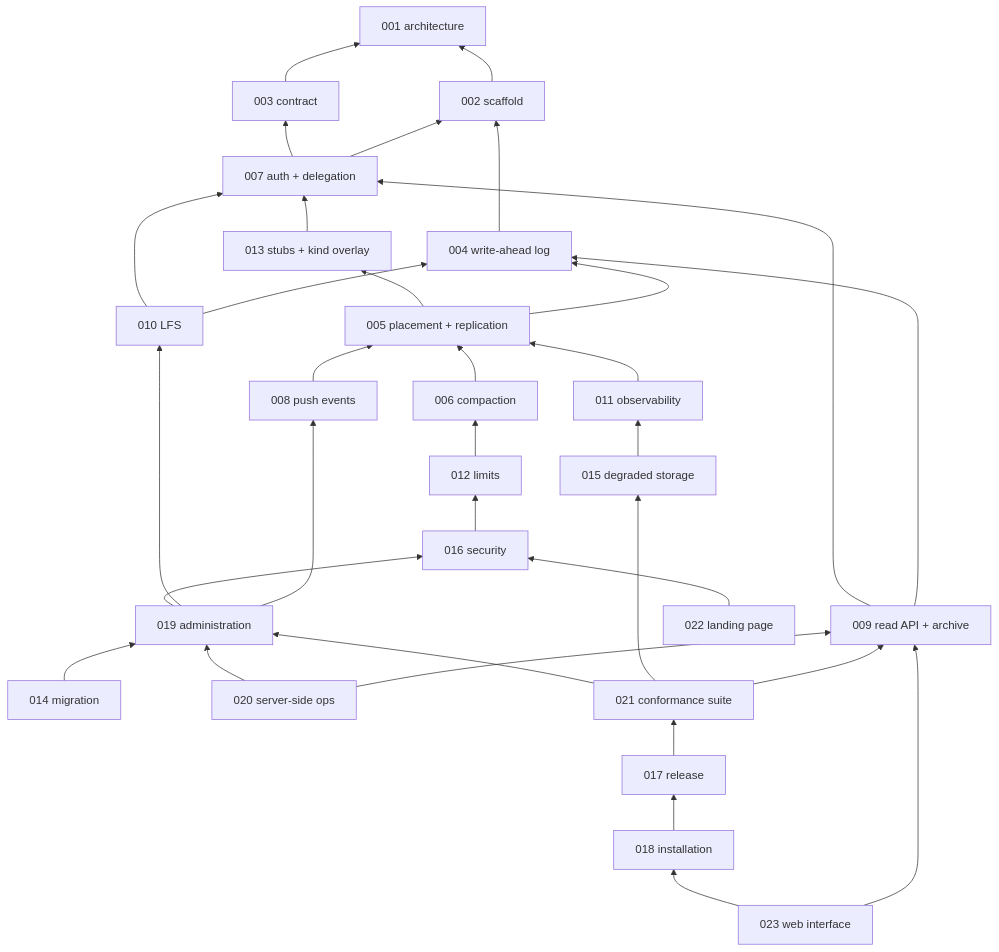
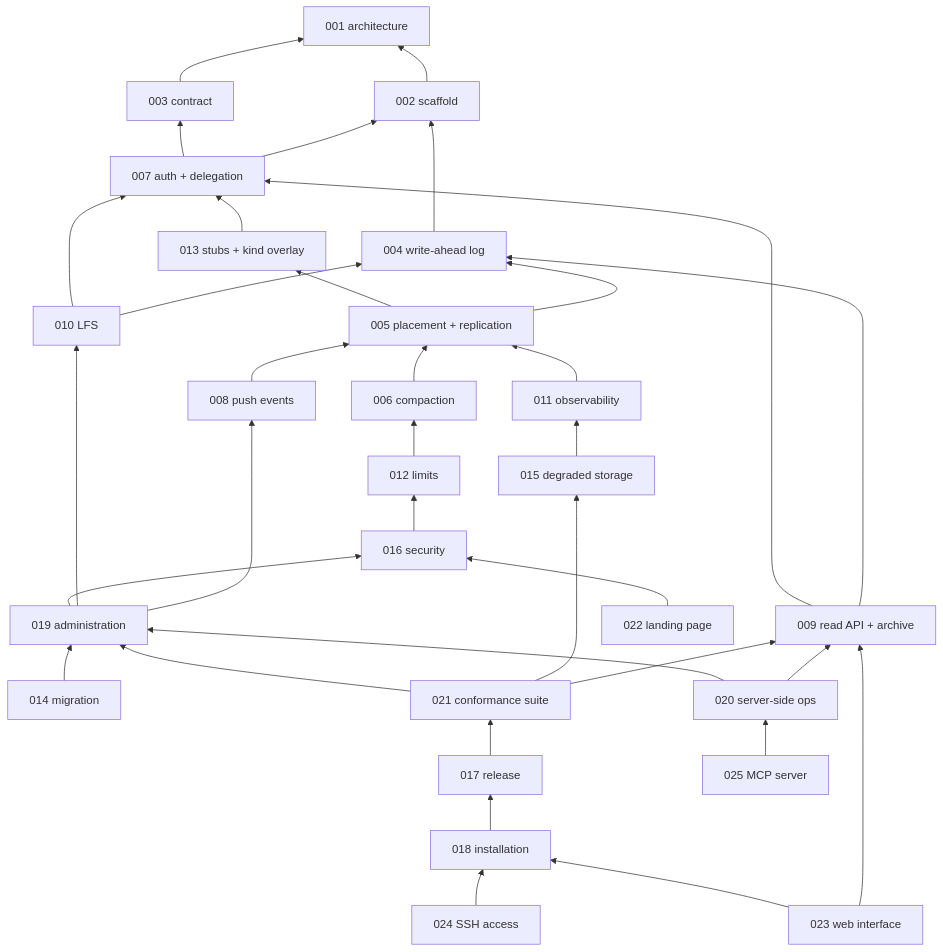
Before and after one commit to latere-ai/origo: the second of 2 diagrams in specs/README.md, drawn with Mermaid. The commit also changed other lines of this file and 5 other files, not shown here.

````diff
--- a/specs/README.md
+++ b/specs/README.md
@@ -95,58 +102,62 @@
 ```mermaid
 flowchart BT
   S001[001 architecture]
   S002[002 scaffold]
   S003[003 contract]
   S004[004 write-ahead log]
   S005[005 placement + replication]
   S006[006 compaction]
   S007[007 auth + delegation]
   S008[008 push events]
   S009[009 read API + archive]
   S010[010 LFS]
   S011[011 observability]
   S012[012 limits]
   S013[013 stubs + kind overlay]
   S014[014 migration]
   S015[015 degraded storage]
   S016[016 security]
   S017[017 release]
   S018[018 installation]
   S019[019 administration]
   S020[020 server-side ops]
   S021[021 conformance suite]
   S022[022 landing page]
   S023[023 web interface]
+  S024[024 SSH access]
+  S025[025 MCP server]
   S002 --> S001
   S003 --> S001
   S004 --> S002
   S005 --> S004
   S005 --> S013
   S006 --> S005
   S007 --> S002
   S007 --> S003
   S008 --> S005
   S009 --> S004
   S009 --> S007
   S010 --> S004
   S010 --> S007
   S011 --> S005
   S012 --> S006
   S013 --> S007
   S014 --> S019
   S015 --> S011
   S016 --> S012
   S017 --> S021
   S018 --> S017
   S019 --> S008
   S019 --> S010
   S019 --> S016
   S020 --> S009
   S020 --> S019
   S021 --> S009
   S021 --> S015
   S021 --> S019
   S022 --> S016
   S023 --> S009
   S023 --> S018
+  S024 --> S018
+  S025 --> S020
 ```
````
